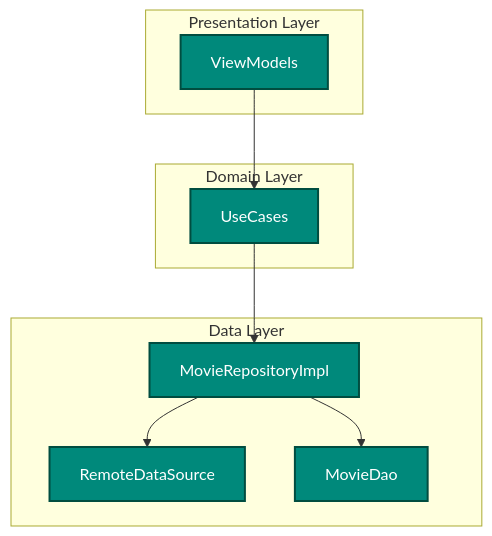
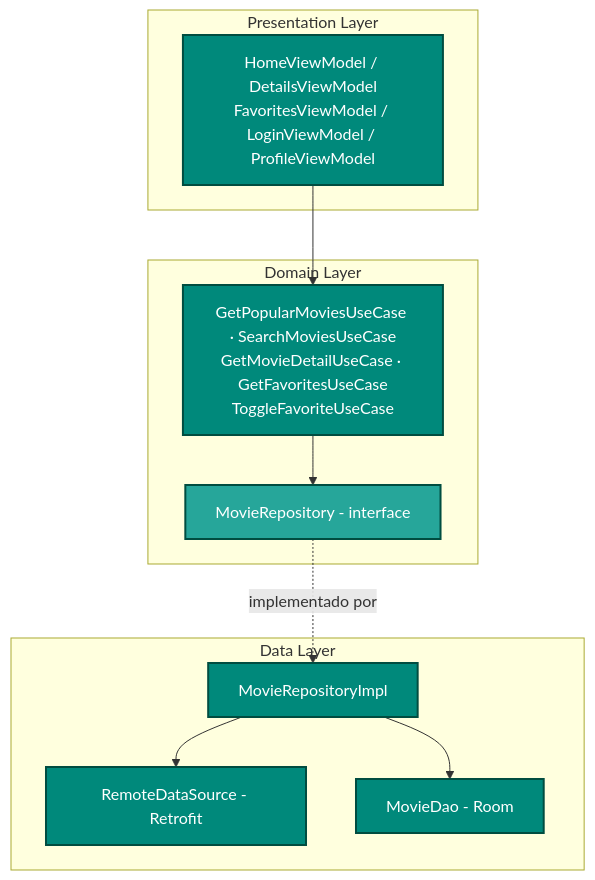
One commit to victorsantanaa/MovieFlux changed the eighth of 9 diagrams in docs/movie_flux_diagrams.md. Above: the diagram before and after it, drawn with Mermaid. The commit also changed other lines of this file, not shown here.

Commit message:
feat: update authentication flow diagrams and enhance data synchronization details

````diff
--- a/docs/movie_flux_diagrams.md
+++ b/docs/movie_flux_diagrams.md
@@ -217,24 +282,28 @@
 ```mermaid
 graph TB
     subgraph Presentation ["Presentation Layer"]
-        VM[ViewModels]
+        VM[HomeViewModel / DetailsViewModel<br/>FavoritesViewModel / LoginViewModel / ProfileViewModel]
     end
 
     subgraph Domain ["Domain Layer"]
-        UC[UseCases]
+        UC[GetPopularMoviesUseCase · SearchMoviesUseCase<br/>GetMovieDetailUseCase · GetFavoritesUseCase<br/>ToggleFavoriteUseCase]
+        RepoIf[MovieRepository - interface]
     end
 
     subgraph Data ["Data Layer"]
         Repo[MovieRepositoryImpl]
-        Remote[RemoteDataSource]
-        Local[MovieDao]
+        Remote[RemoteDataSource - Retrofit]
+        Local[MovieDao - Room]
     end
 
     VM --> UC
-    UC --> Repo
+    UC --> RepoIf
+    RepoIf -.implementado por.-> Repo
     Repo --> Remote
     Repo --> Local
 
     classDef component fill:#00897B,stroke:#004D40,color:#FFFFFF,stroke-width:2px
+    classDef iface fill:#26A69A,stroke:#004D40,color:#FFFFFF,stroke-width:2px
     class VM,UC,Repo,Remote,Local component
+    class RepoIf iface
 ```
````
